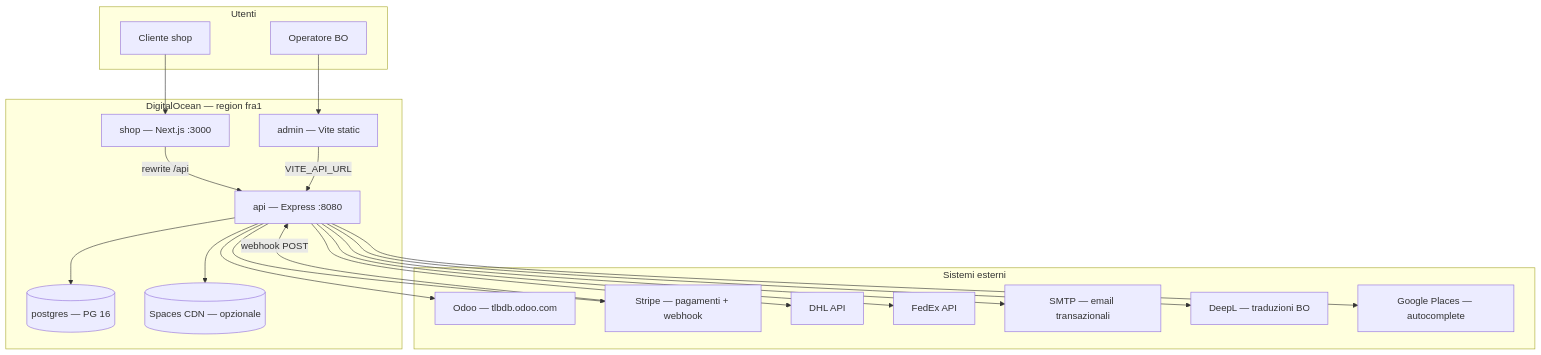
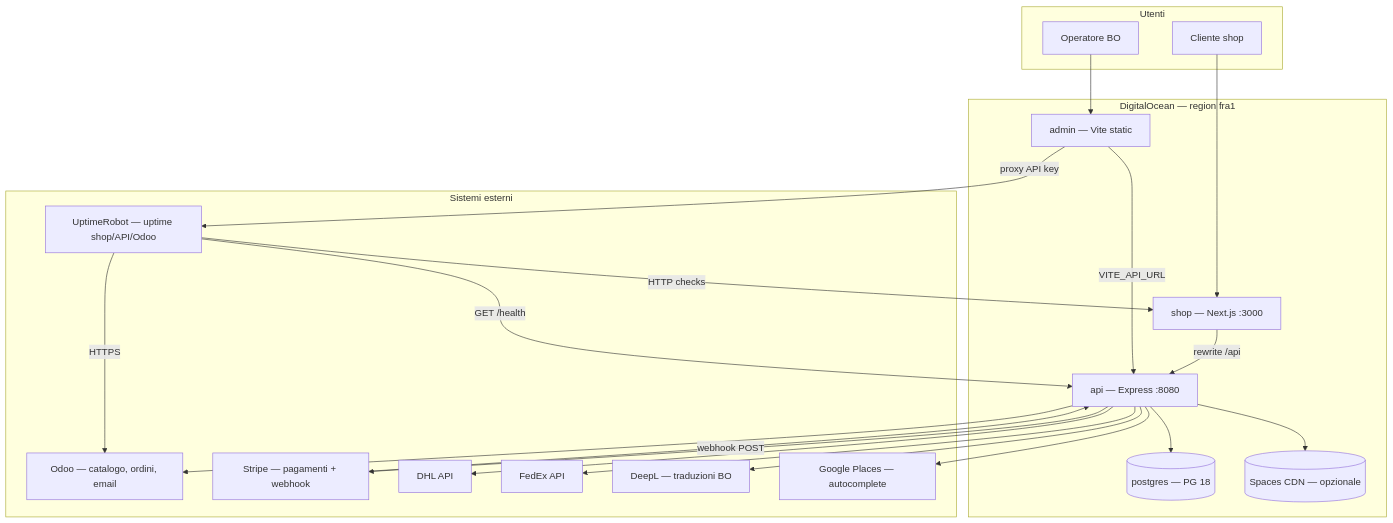
The diagram in .do/GO-LIVE.md (rzaccardi/ideadiluce-pwa), drawn with Mermaid before and after one commit. The commit also changed other lines of this file and 229 other files, not shown here.

````diff
--- a/.do/GO-LIVE.md
+++ b/.do/GO-LIVE.md
@@ -17,40 +17,43 @@
 ```mermaid
 flowchart TB
   subgraph users [Utenti]
     SHOP_USER[Cliente shop]
     ADMIN_USER[Operatore BO]
   end
 
   subgraph do [DigitalOcean — region fra1]
     SHOP[shop — Next.js :3000]
     API[api — Express :8080]
     ADMIN[admin — Vite static]
-    PG[(postgres — PG 16)]
+    PG[(postgres — PG 18)]
     SPACES[(Spaces CDN — opzionale)]
   end
 
   subgraph external [Sistemi esterni]
-    ODOO[Odoo — tlbdb.odoo.com]
+    ODOO[Odoo — catalogo, ordini, email]
     STRIPE[Stripe — pagamenti + webhook]
     DHL[DHL API]
     FEDEX[FedEx API]
-    SMTP[SMTP — email transazionali]
     DEEPL[DeepL — traduzioni BO]
     GMAPS[Google Places — autocomplete]
+    UPTIME[UptimeRobot — uptime shop/API/Odoo]
   end
 
   SHOP_USER --> SHOP
   ADMIN_USER --> ADMIN
   SHOP -->|rewrite /api| API
   ADMIN -->|VITE_API_URL| API
   API --> PG
   API --> ODOO
   API --> STRIPE
   API --> DHL
   API --> FEDEX
-  API --> SMTP
   API --> DEEPL
   API --> GMAPS
   API --> SPACES
+  ADMIN -->|proxy API key| UPTIME
+  UPTIME -->|HTTP checks| SHOP
+  UPTIME -->|GET /health| API
+  UPTIME -->|HTTPS| ODOO
   STRIPE -->|webhook POST| API
 ```
````
